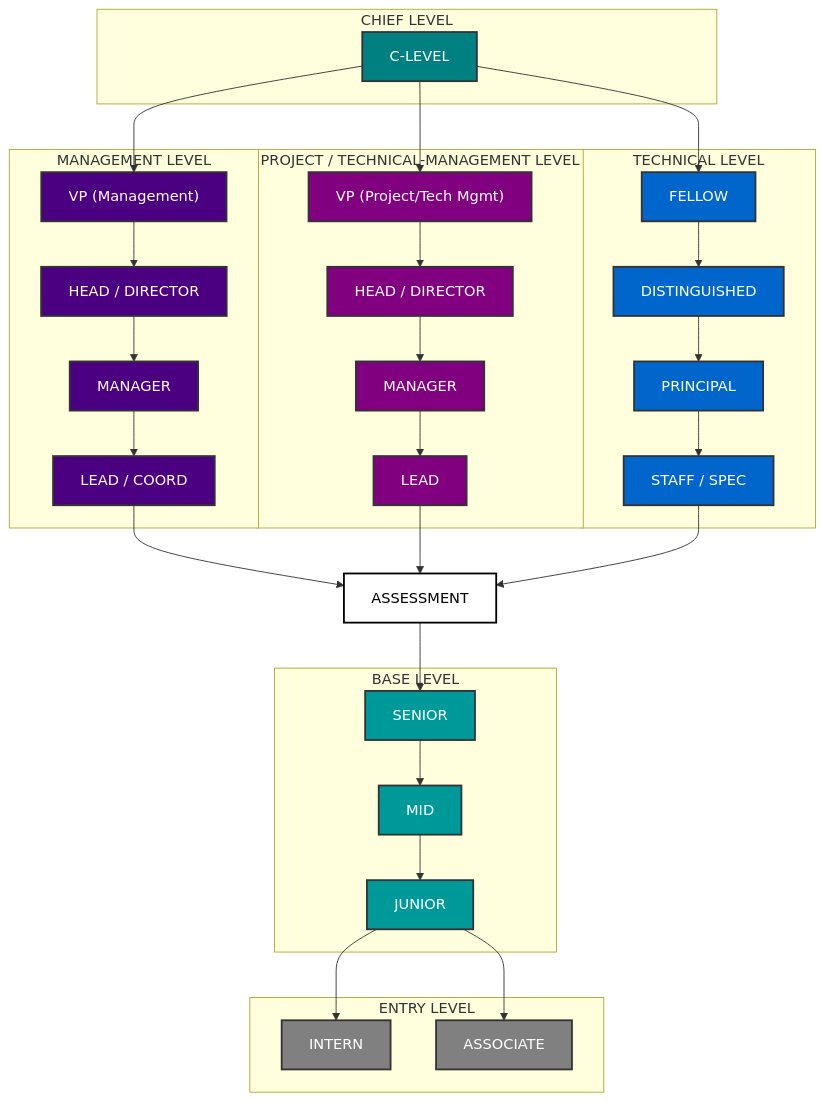
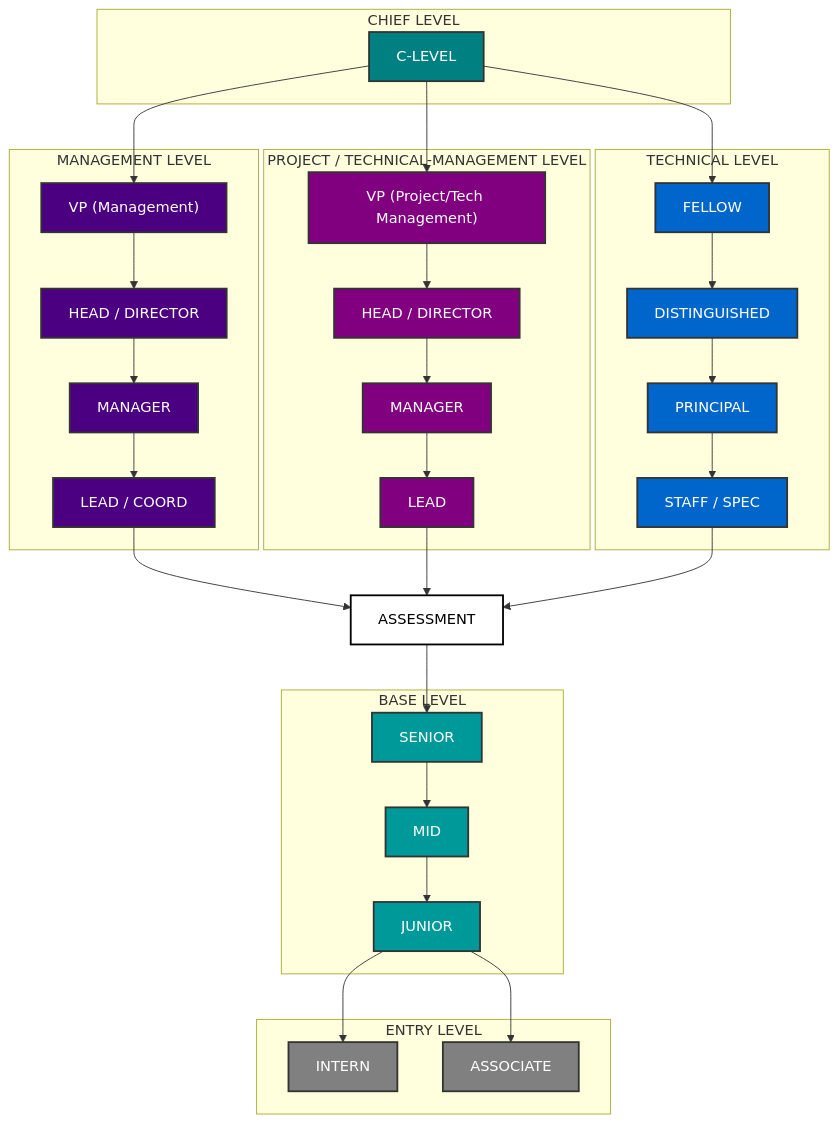
Before and after one commit to careertopologies/careertopologies: the second of 3 diagrams in topologies.md, drawn with Mermaid. The commit also changed other lines of this file, not shown here.

Commit message:
feat: update VP project label and enhance flowchart structure in topologies.md

```diff
--- a/topologies.md
+++ b/topologies.md
@@ -94,7 +94,7 @@
         style HEAD_PROJECT fill:#800080,stroke:#333,stroke-width:2px,color:#fff
         style MANAGER_PROJECT fill:#800080,stroke:#333,stroke-width:2px,color:#fff
         style LEAD_PROJECT fill:#800080,stroke:#333,stroke-width:2px,color:#fff
-        VP_PROJECT["VP (Project/Tech Mgmt)"]
+        VP_PROJECT["VP (Project/Tech Management)"]
         HEAD_PROJECT["HEAD / DIRECTOR"]
         MANAGER_PROJECT["MANAGER"]
         LEAD_PROJECT["LEAD"]
```
